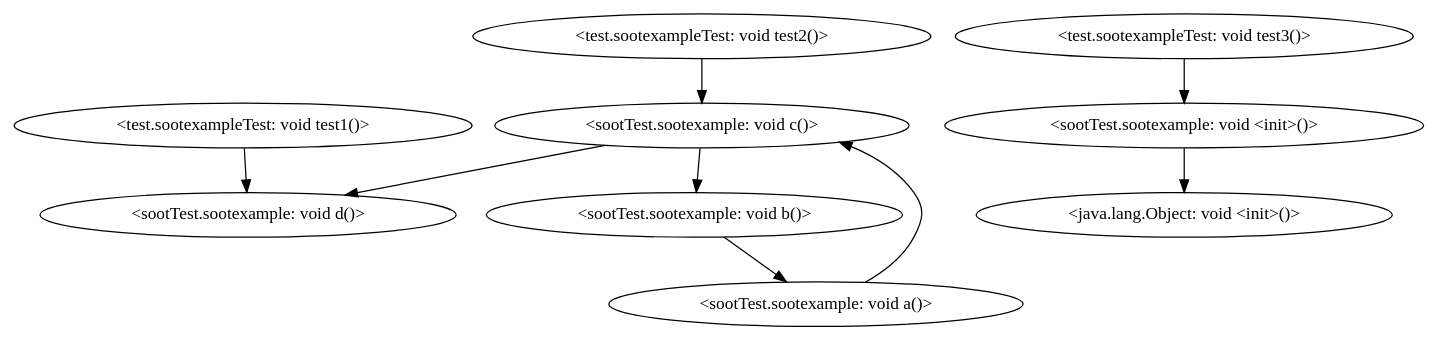
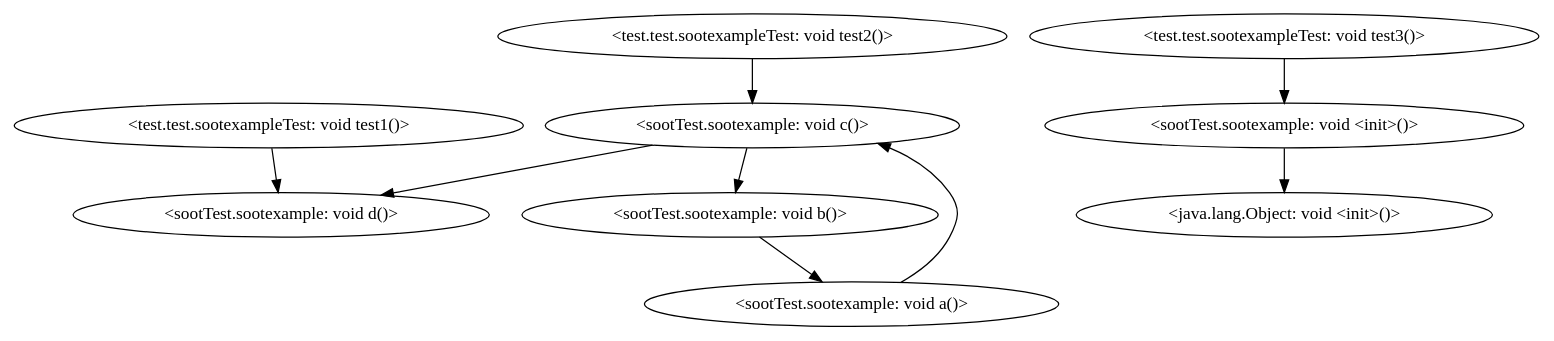
Before and after one commit to damorosodaragona/RTA_4_Regression_Testing: the diagram in output-test.dot, drawn with Graphviz. The commit also changed 88 other files, not shown here.

```diff
--- a/output-test.dot
+++ b/output-test.dot
@@ -1,19 +1,19 @@
 digraph "call-graph" {
-    "<test.sootexampleTest: void test1()>"
+    "<test.test.sootexampleTest: void test1()>"
     "<sootTest.sootexample: void d()>"
-    "<test.sootexampleTest: void test1()>"->"<sootTest.sootexample: void d()>";
-    "<test.sootexampleTest: void test2()>"
+    "<test.test.sootexampleTest: void test1()>"->"<sootTest.sootexample: void d()>";
+    "<test.test.sootexampleTest: void test2()>"
     "<sootTest.sootexample: void c()>"
-    "<test.sootexampleTest: void test2()>"->"<sootTest.sootexample: void c()>";
-    "<test.sootexampleTest: void test3()>"
+    "<test.test.sootexampleTest: void test2()>"->"<sootTest.sootexample: void c()>";
+    "<test.test.sootexampleTest: void test3()>"
     "<sootTest.sootexample: void <init>()>"
-    "<test.sootexampleTest: void test3()>"->"<sootTest.sootexample: void <init>()>";
+    "<test.test.sootexampleTest: void test3()>"->"<sootTest.sootexample: void <init>()>";
     "<sootTest.sootexample: void b()>"
     "<sootTest.sootexample: void c()>"->"<sootTest.sootexample: void b()>";
     "<sootTest.sootexample: void c()>"->"<sootTest.sootexample: void d()>";
     "<java.lang.Object: void <init>()>"
     "<sootTest.sootexample: void <init>()>"->"<java.lang.Object: void <init>()>";
     "<sootTest.sootexample: void a()>"
     "<sootTest.sootexample: void b()>"->"<sootTest.sootexample: void a()>";
     "<sootTest.sootexample: void a()>"->"<sootTest.sootexample: void c()>";
 }
```
